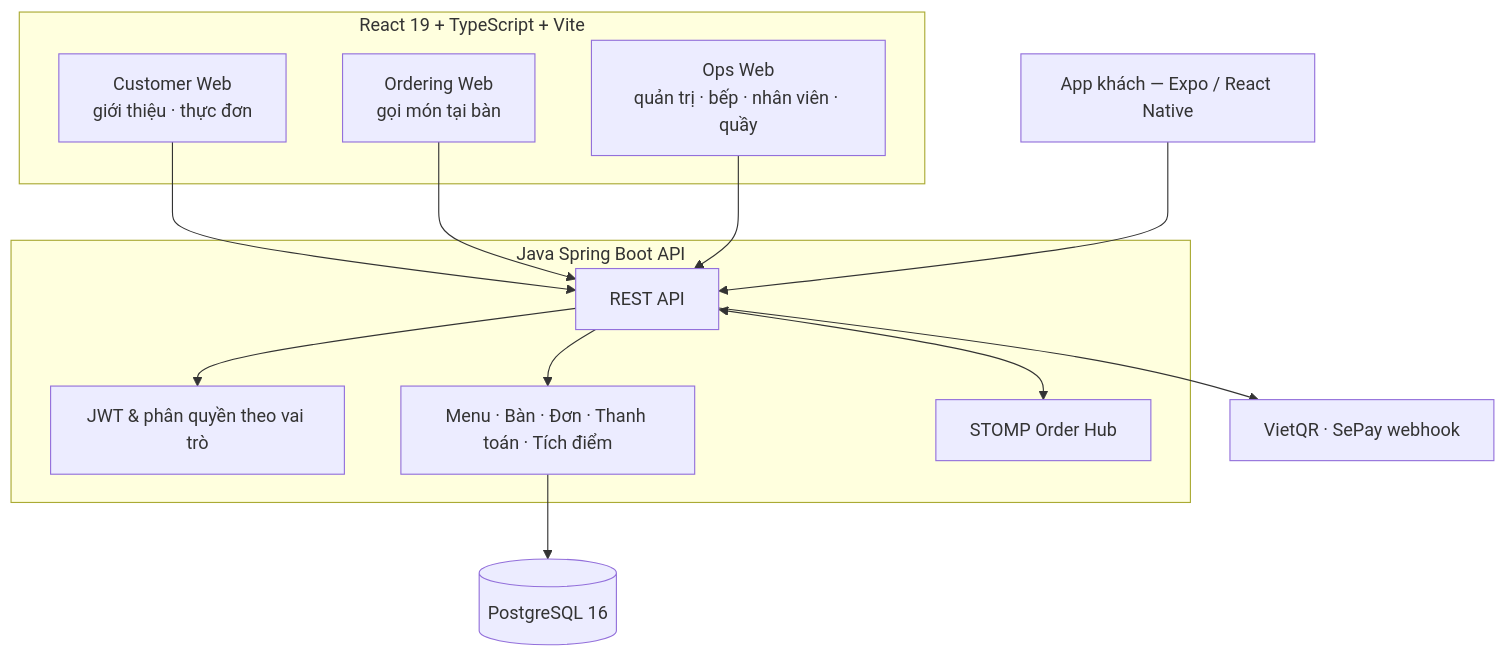
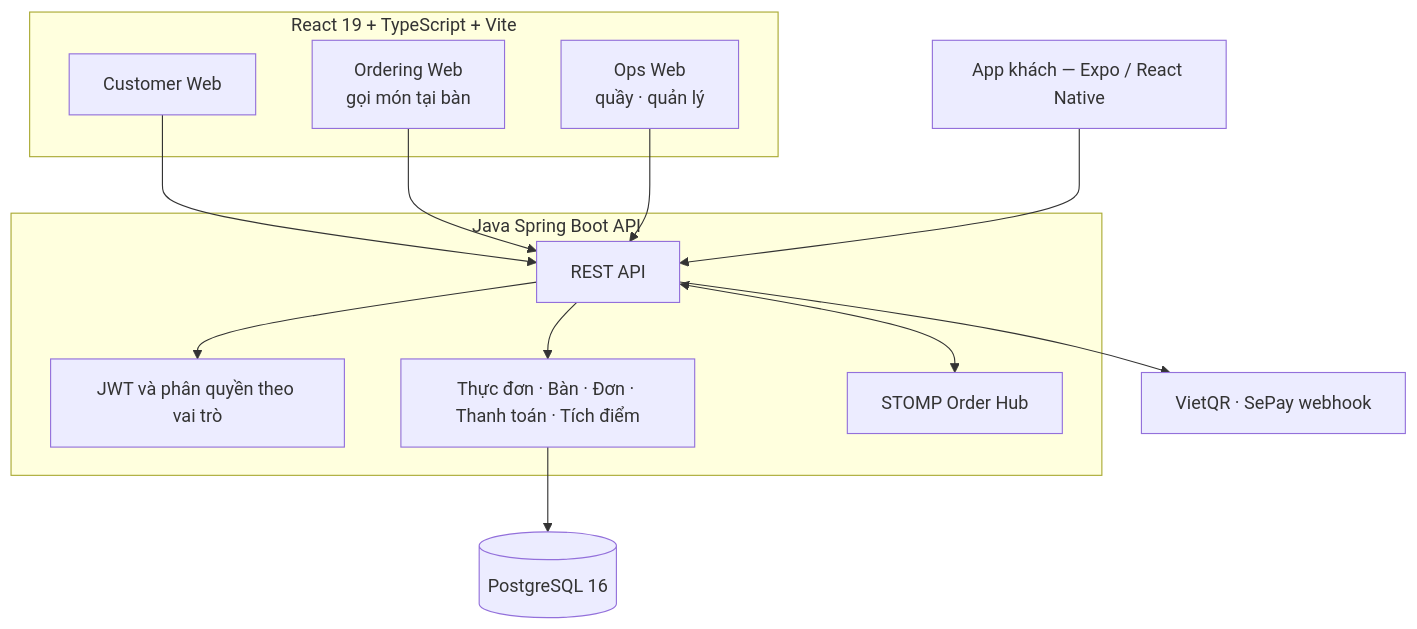
Before and after one commit to Anpham120/restaurant-qr-ai-ordering-mobile: the second of 2 diagrams in README.md, drawn with Mermaid. The commit also changed other lines of this file and 23 other files, not shown here.

````diff
--- a/README.md
+++ b/README.md
@@ -96,28 +70,28 @@
 ```mermaid
 flowchart TB
   subgraph Clients["React 19 + TypeScript + Vite"]
-    Customer["Customer Web<br/>giới thiệu · thực đơn"]
+    Customer["Customer Web"]
     Ordering["Ordering Web<br/>gọi món tại bàn"]
-    Ops["Ops Web<br/>quản trị · bếp · nhân viên · quầy"]
+    Ops["Ops Web<br/>quầy · quản lý"]
   end
 
   Mobile["App khách — Expo / React Native"]
 
   Customer --> API
   Ordering --> API
   Ops --> API
   Mobile --> API
 
   subgraph Backend["Java Spring Boot API"]
     API["REST API"]
-    Auth["JWT & phân quyền theo vai trò"]
-    Orders["Menu · Bàn · Đơn · Thanh toán · Tích điểm"]
+    Auth["JWT và phân quyền theo vai trò"]
+    Orders["Thực đơn · Bàn · Đơn · Thanh toán · Tích điểm"]
     Hub["STOMP Order Hub"]
   end
 
   API --> Auth
   API --> Orders
   API <--> Hub
   Orders --> DB[("PostgreSQL 16")]
   API --> Pay["VietQR · SePay webhook"]
 ```
````
